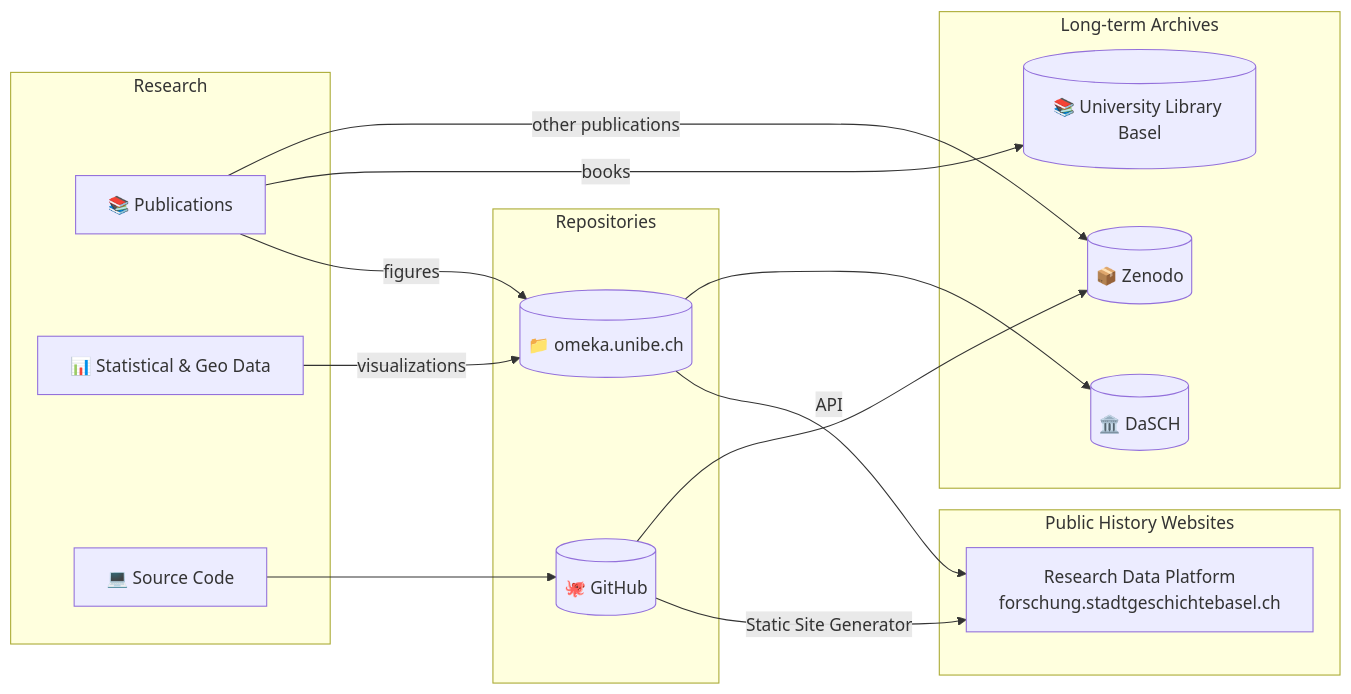
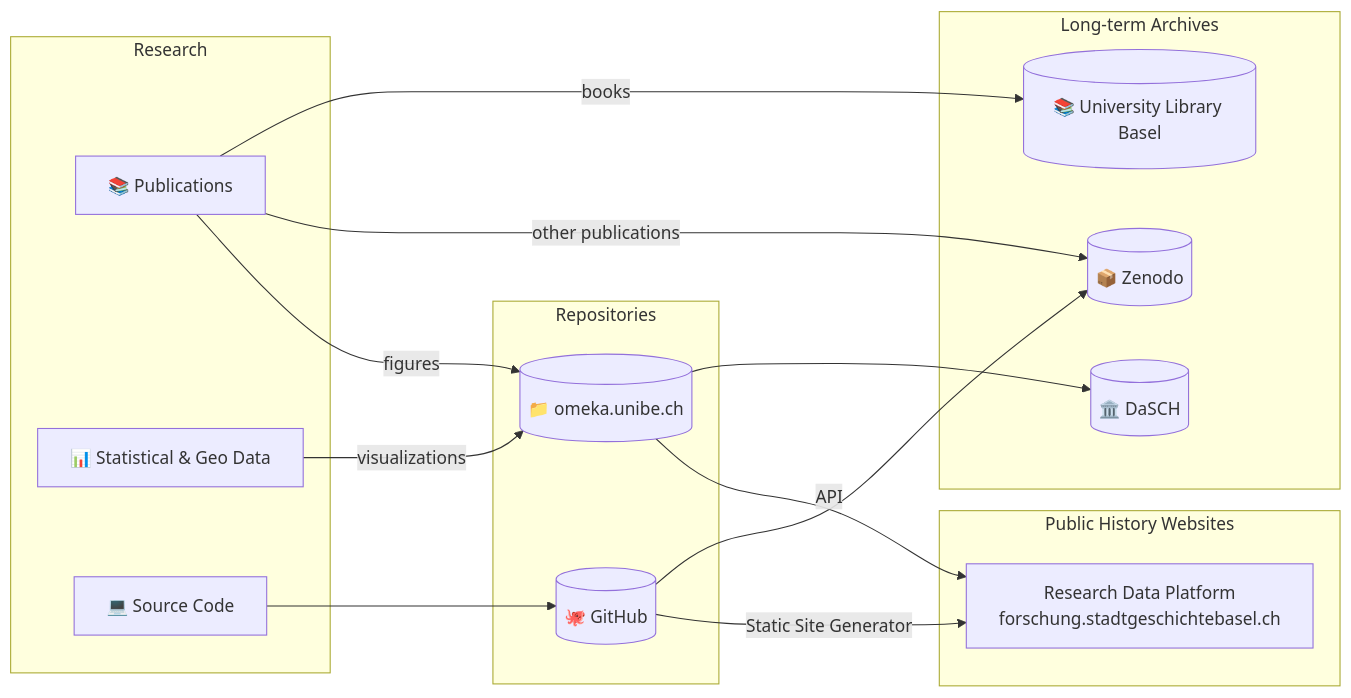
The fourth of 7 diagrams in presentation/slides.qmd (maehr/daschcon2025-omeka2dsp), drawn with Mermaid before and after one commit.

Commit message:
feat: disentangle flowchart edges

````diff
--- a/presentation/slides.qmd
+++ b/presentation/slides.qmd
@@ -134,34 +134,35 @@
 ```{mermaid}
 flowchart LR
   subgraph Research[Research]
     Publications[📚 Publications]
     Data[📊 Statistical & Geo Data]
     Code[💻 Source Code]
   end
 
   subgraph Repositories[Repositories]
     Omeka[(📁 omeka.unibe.ch)]
     GitHub[(🐙 GitHub)]
   end
 
   subgraph PublicWeb[Public History Websites]
     RDP[Research Data Platform<br>forschung.stadtgeschichtebasel.ch]
   end
 
   subgraph Archives[Long-term Archives]
     Zenodo[(📦 Zenodo)]
     DaSCH[(🏛️ DaSCH)]
     UBBasel[(📚 University Library Basel)]
   end
 
   %% Flows
+  Publications -- books --> UBBasel
+  Publications ~~~ UBBasel
+  Publications -- other publications --> Zenodo
   Publications -- figures --> Omeka
-  Publications -- books --> UBBasel
-  Publications -- other publications --> Zenodo
   Data -- visualizations --> Omeka
+  Omeka --> DaSCH
   Omeka -- API --> RDP
-  GitHub -- Static Site Generator --> RDP
   Code --> GitHub
   GitHub --> Zenodo
-  Omeka --> DaSCH
+  GitHub -- Static Site Generator --> RDP
 ```
````
